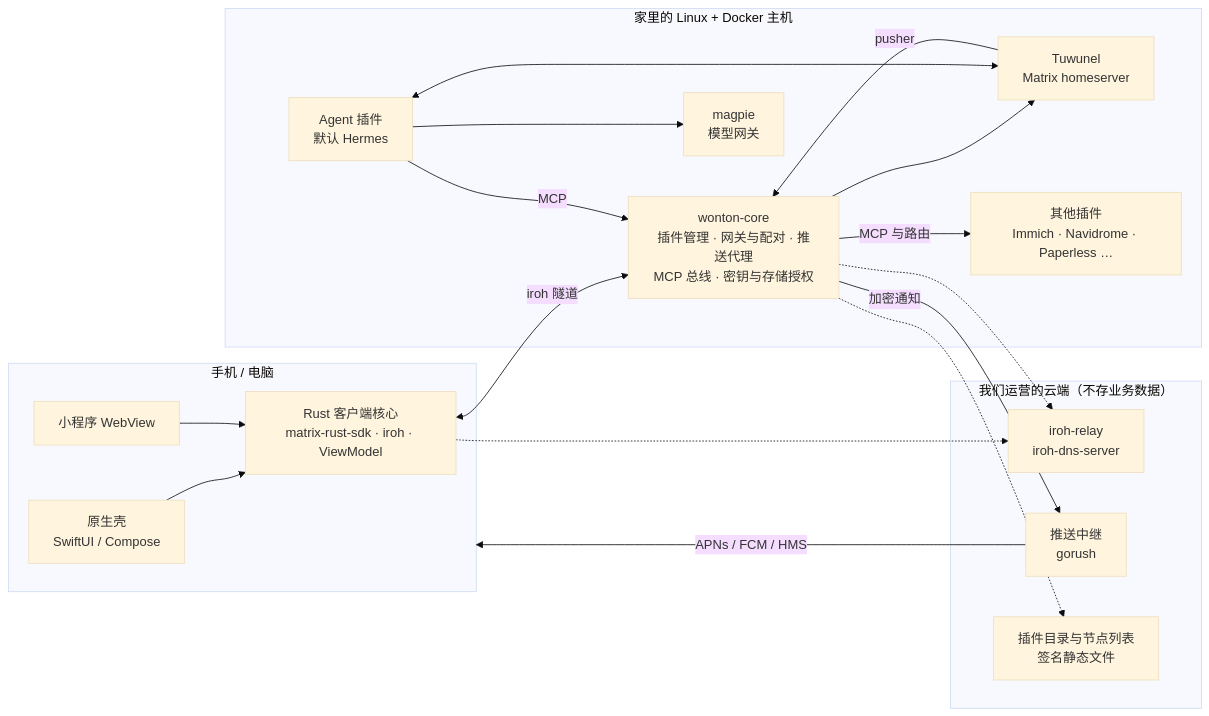
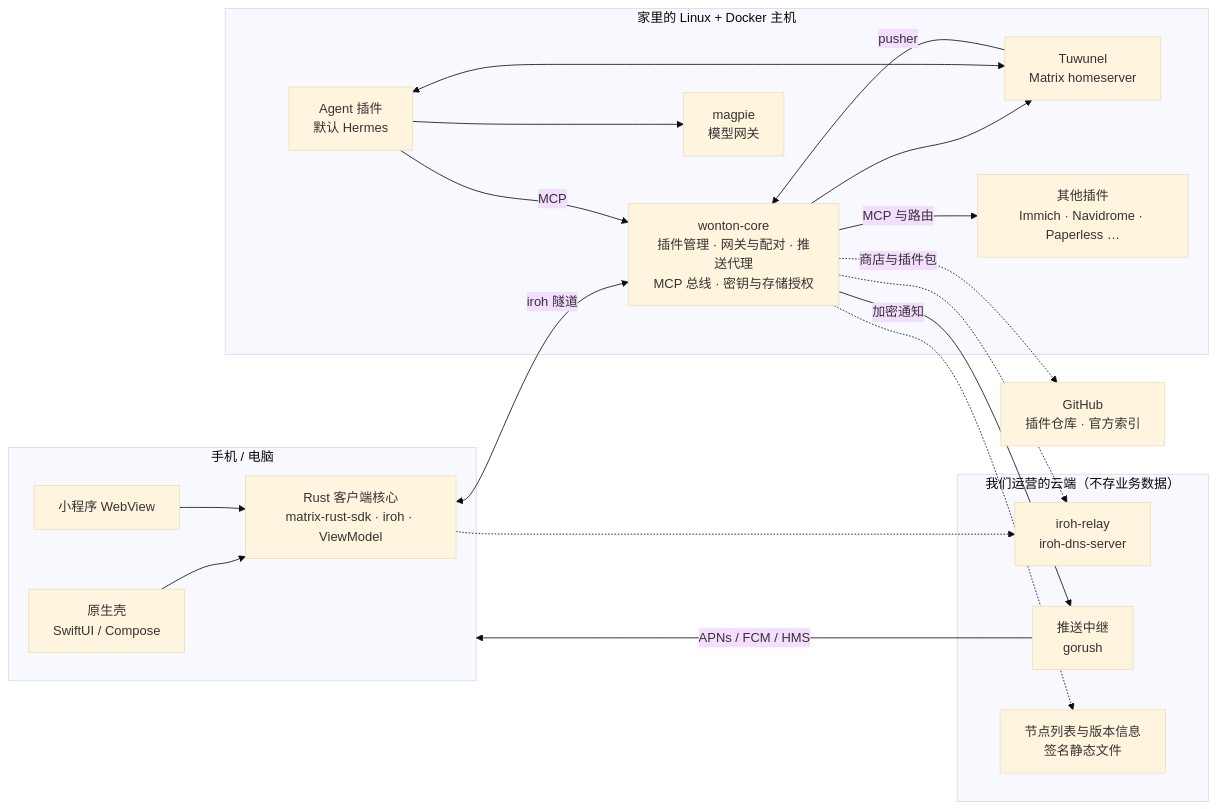
Before and after one commit to wontonapp/wonton: the diagram in docs/ARCHITECTURE.md, drawn with Mermaid (base theme). The commit also changed other lines of this file and 15 other files, not shown here.

````diff
--- a/docs/ARCHITECTURE.md
+++ b/docs/ARCHITECTURE.md
@@ -14,37 +14,40 @@
 ```mermaid
 flowchart LR
   subgraph Client["手机 / 电脑"]
     Shell["原生壳\nSwiftUI / Compose"]
     ClientCore["Rust 客户端核心\nmatrix-rust-sdk · iroh · ViewModel"]
     WebView["小程序 WebView"]
     Shell --> ClientCore
     WebView --> ClientCore
   end
 
   subgraph Home["家里的 Linux + Docker 主机"]
     Core["wonton-core\n插件管理 · 网关与配对 · 推送代理\nMCP 总线 · 密钥与存储授权"]
     Tuwunel["Tuwunel\nMatrix homeserver"]
     Agent["Agent 插件\n默认 Hermes"]
     Magpie["magpie\n模型网关"]
     Plugins["其他插件\nImmich · Navidrome · Paperless …"]
   end
 
   subgraph Cloud["我们运营的云端（不存业务数据）"]
     Relay["iroh-relay\niroh-dns-server"]
     PushRelay["推送中继\ngorush"]
-    Catalog["插件目录与节点列表\n签名静态文件"]
+    Catalog["节点列表与版本信息\n签名静态文件"]
   end
+
+  GitHub["GitHub\n插件仓库 · 官方索引"]
 
   ClientCore <-->|"iroh 隧道"| Core
   Core --> Tuwunel
   Agent <--> Tuwunel
   Agent --> Magpie
   Agent -->|"MCP"| Core
   Core -->|"MCP 与路由"| Plugins
   Tuwunel -->|"pusher"| Core
   Core -->|"加密通知"| PushRelay
   PushRelay -->|"APNs / FCM / HMS"| Client
   Core -.-> Relay
   ClientCore -.-> Relay
   Core -.-> Catalog
+  Core -.->|"商店与插件包"| GitHub
 ```
````
